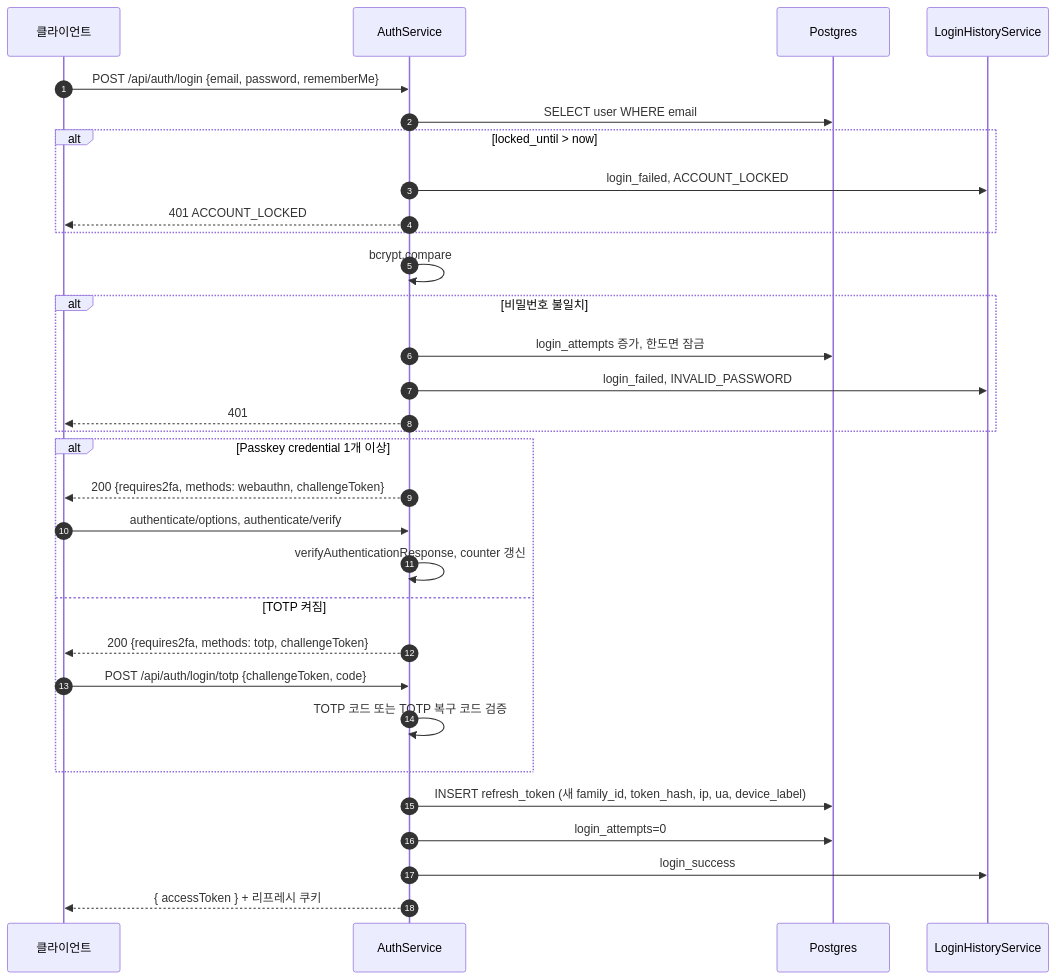
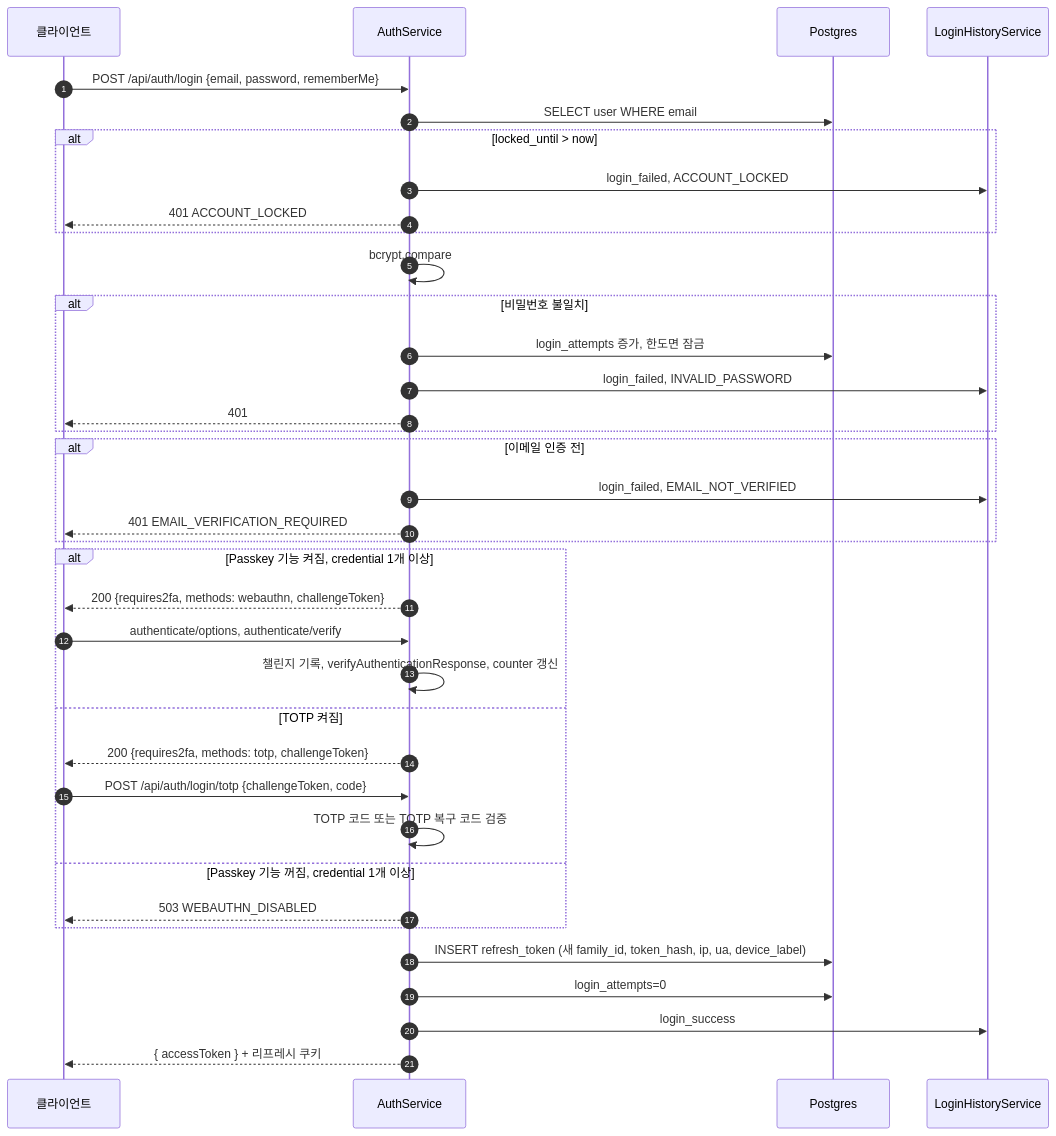
Before and after one commit to worker-ants/clemvion: the third of 13 diagrams in spec/CLE-ACCT/CLE-ACCT-DATA.md, drawn with Mermaid. The commit also changed other lines of this file and 7 other files, not shown here.

````diff
--- a/spec/CLE-ACCT/CLE-ACCT-DATA.md
+++ b/spec/CLE-ACCT/CLE-ACCT-DATA.md
@@ -248,33 +248,39 @@
 ```mermaid
 sequenceDiagram
   autonumber
   participant C as 클라이언트
   participant Svc as AuthService
   participant PG as Postgres
   participant Hist as LoginHistoryService
   C->>Svc: POST /api/auth/login {email, password, rememberMe}
   Svc->>PG: SELECT user WHERE email
   alt locked_until > now
     Svc->>Hist: login_failed, ACCOUNT_LOCKED
     Svc-->>C: 401 ACCOUNT_LOCKED
   end
   Svc->>Svc: bcrypt.compare
   alt 비밀번호 불일치
     Svc->>PG: login_attempts 증가, 한도면 잠금
     Svc->>Hist: login_failed, INVALID_PASSWORD
     Svc-->>C: 401
   end
-  alt Passkey credential 1개 이상
+  alt 이메일 인증 전
+    Svc->>Hist: login_failed, EMAIL_NOT_VERIFIED
+    Svc-->>C: 401 EMAIL_VERIFICATION_REQUIRED
+  end
+  alt Passkey 기능 켜짐, credential 1개 이상
     Svc-->>C: 200 {requires2fa, methods: webauthn, challengeToken}
     C->>Svc: authenticate/options, authenticate/verify
-    Svc->>Svc: verifyAuthenticationResponse, counter 갱신
+    Svc->>Svc: 챌린지 기록, verifyAuthenticationResponse, counter 갱신
   else TOTP 켜짐
     Svc-->>C: 200 {requires2fa, methods: totp, challengeToken}
     C->>Svc: POST /api/auth/login/totp {challengeToken, code}
     Svc->>Svc: TOTP 코드 또는 TOTP 복구 코드 검증
+  else Passkey 기능 꺼짐, credential 1개 이상
+    Svc-->>C: 503 WEBAUTHN_DISABLED
   end
   Svc->>PG: INSERT refresh_token (새 family_id, token_hash, ip, ua, device_label)
   Svc->>PG: login_attempts=0
   Svc->>Hist: login_success
   Svc-->>C: { accessToken } + 리프레시 쿠키
 ```
````
